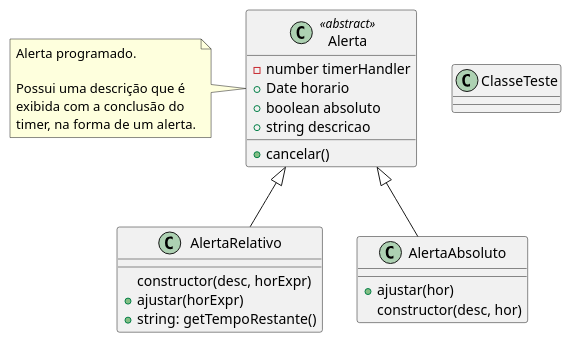
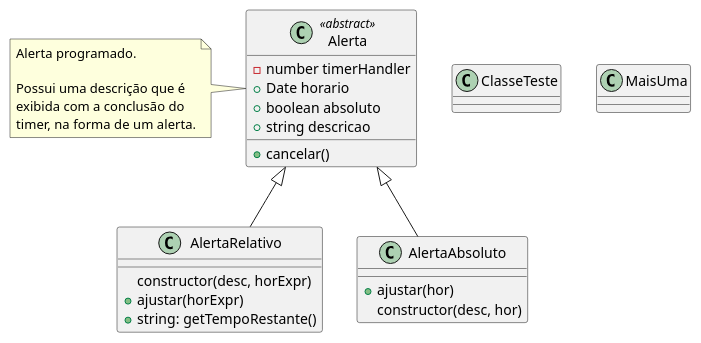
Before and after one commit to ruipimentel/plantuml-demo: the diagram in classes.puml, drawn with PlantUML.

Commit message:
adiciona classe mais uma

```diff
--- a/classes.puml
+++ b/classes.puml
@@ -1,32 +1,36 @@
 @startuml "Classes"
 
 top to bottom direction
 
 class ClasseTeste {
+
+}
+
+class MaisUma {
 
 }
 
 class Alerta <<abstract>> {
   - number timerHandler
   + Date horario
   + boolean absoluto
   + string descricao
   + cancelar()
 }
 note left of Alerta : Alerta programado.\n\nPossui uma descrição que é\nexibida com a conclusão do\ntimer, na forma de um alerta.
 
 class AlertaRelativo {
   constructor(desc, horExpr)
   + ajustar(horExpr)
   + string: getTempoRestante()
 }
 
 class AlertaAbsoluto {
   + ajustar(hor)
   constructor(desc, hor)
 }
 
 Alerta <|-- AlertaRelativo
 Alerta <|-- AlertaAbsoluto
 
 @enduml
```
